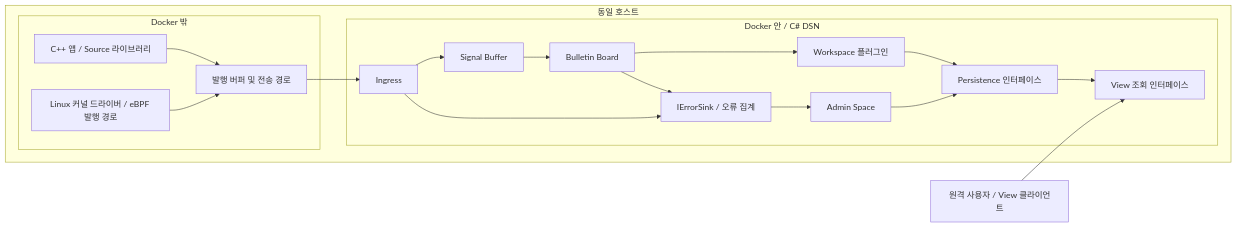
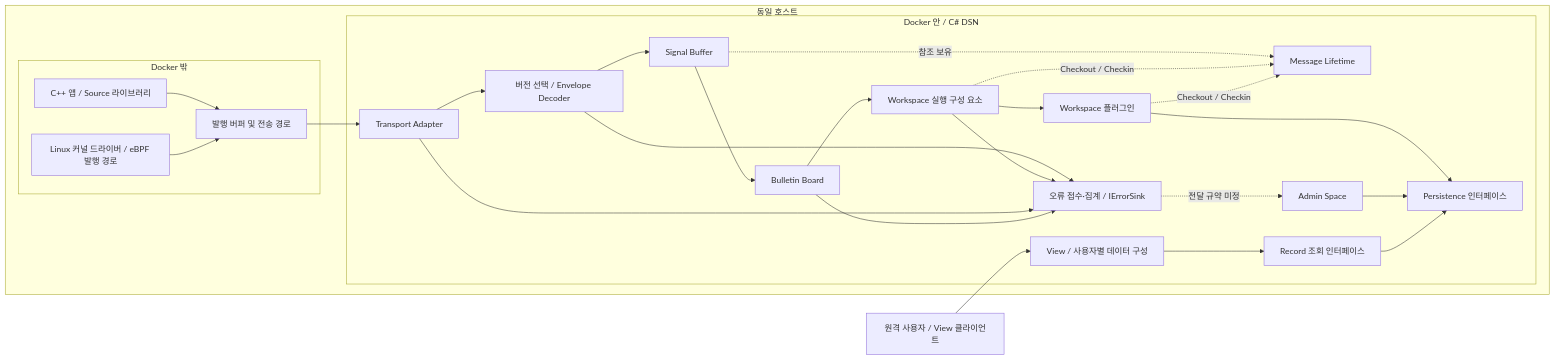
The diagram in docs/arch/01-architecture.md (south-hive/project-dsn), drawn with Mermaid before and after one commit. The commit also changed other lines of this file and 22 other files, not shown here.

Commit message:
docs: expand DSN architecture diagrams and implementation tracks

````diff
--- a/docs/arch/01-architecture.md
+++ b/docs/arch/01-architecture.md
@@ -15,31 +15,40 @@
 ```mermaid
 flowchart LR
     subgraph Host[동일 호스트]
         subgraph Outside[Docker 밖]
             App[C++ 앱 / Source 라이브러리]
             Driver[Linux 커널 드라이버 / eBPF 발행 경로]
             Transport[발행 버퍼 및 전송 경로]
             App --> Transport
             Driver --> Transport
         end
         subgraph Container[Docker 안 / C# DSN]
-            Ingress[Ingress]
+            Ingress[Transport Adapter]
+            Decoder[버전 선택 / Envelope Decoder]
             Buffer[Signal Buffer]
             Board[Bulletin Board]
+            Execution[Workspace 실행 구성 요소]
             Workspaces[Workspace 플러그인]
+            Lifetime[Message Lifetime]
             Admin[Admin Space]
-            Errors[IErrorSink / 오류 집계]
+            Errors[오류 접수·집계 / IErrorSink]
             Persistence[Persistence 인터페이스]
-            View[View 조회 인터페이스]
-            Ingress --> Buffer --> Board --> Workspaces
+            Query[Record 조회 인터페이스]
+            View[View / 사용자별 데이터 구성]
+            Ingress --> Decoder --> Buffer --> Board --> Execution --> Workspaces
+            Decoder --> Errors
+            Execution --> Errors
+            Buffer -. 참조 보유 .-> Lifetime
+            Execution -. Checkout / Checkin .-> Lifetime
+            Workspaces -. Checkout / Checkin .-> Lifetime
             Ingress --> Errors
             Board --> Errors
-            Errors --> Admin
+            Errors -. 전달 규약 미정 .-> Admin
             Workspaces --> Persistence
             Admin --> Persistence
-            Persistence --> View
+            View --> Query --> Persistence
         end
         Transport --> Ingress
     end
     Remote[원격 사용자 / View 클라이언트] --> View
 ```
````
